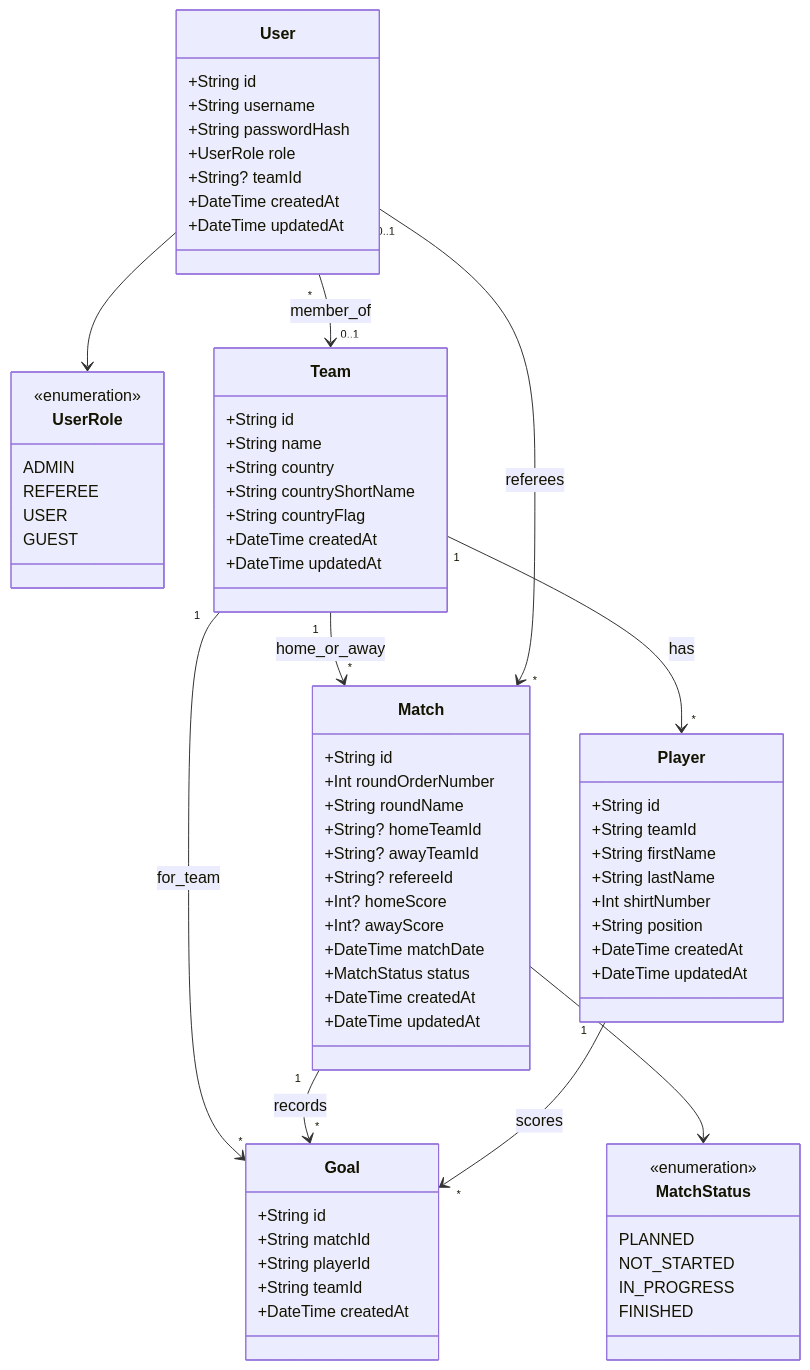
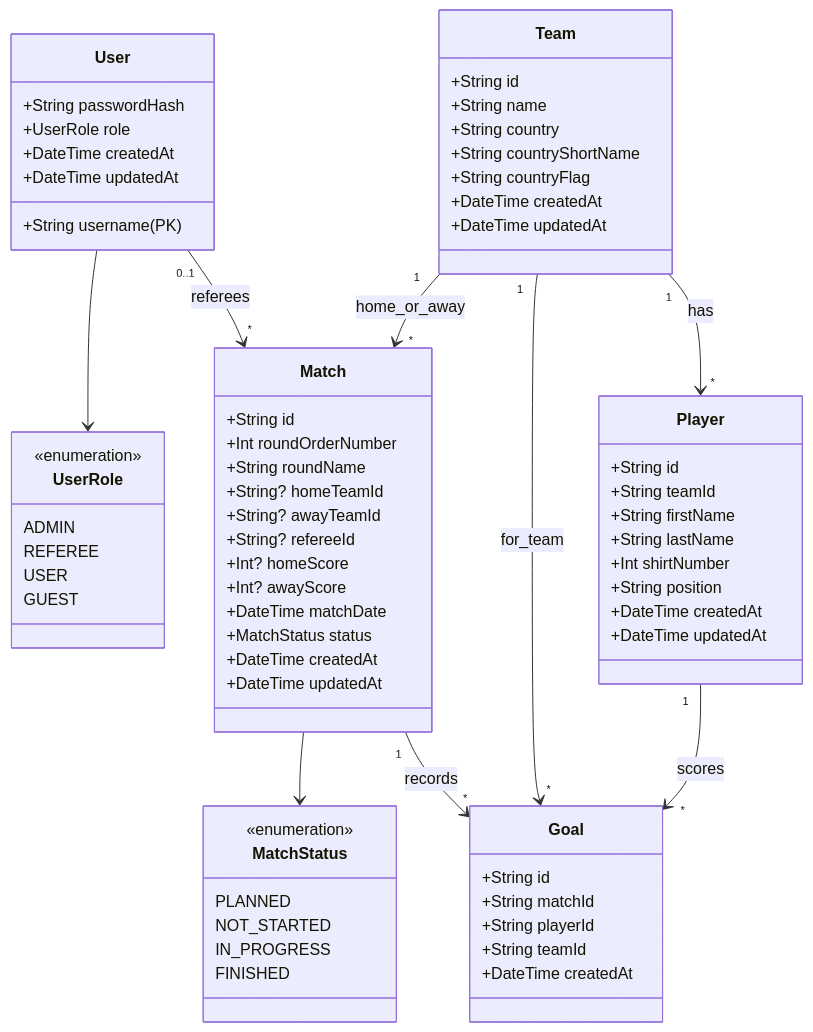
Before and after one commit to sanderkerkhofs/worldcup-manager-2026: the first of 3 diagrams in analysis/project_schema.md, drawn with Mermaid. The commit also changed other lines of this file and 3 other files, not shown here.

```diff
--- a/analysis/project_schema.md
+++ b/analysis/project_schema.md
@@ -122,11 +119,9 @@
   }
 
   class User {
-    +String id
-    +String username
+    +String username (PK)
     +String passwordHash
     +UserRole role
-    +String? teamId
     +DateTime createdAt
     +DateTime updatedAt
   }
@@ -181,7 +176,6 @@
   Match "1" --> "*" Goal : records
   Player "1" --> "*" Goal : scores
   User "0..1" --> "*" Match : referees
-  User "*" --> "0..1" Team : member_of
 
   User --> UserRole
   Match --> MatchStatus
```
